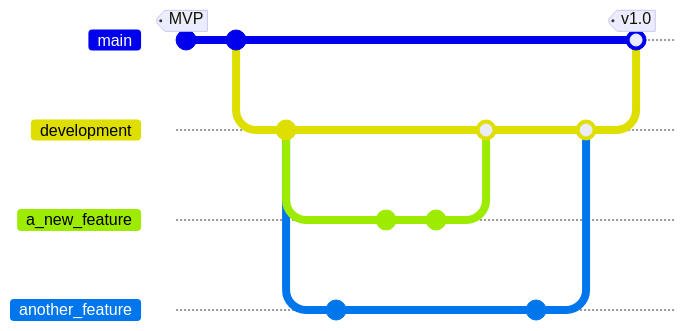
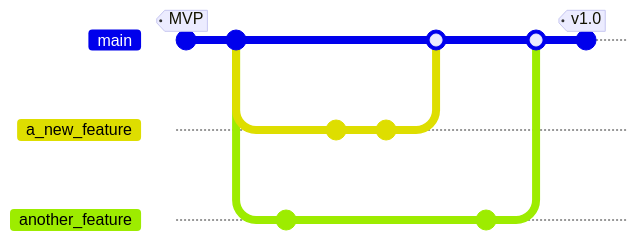
Before and after one commit to realheaven718/group-calendar: the diagram in .github/CONTRIBUTING.md, drawn with Mermaid. The commit also changed other lines of this file and 4 other files, not shown here. Commit ids are hidden.

````diff
--- a/.github/CONTRIBUTING.md
+++ b/.github/CONTRIBUTING.md
@@ -30,41 +30,36 @@
 ```mermaid
 %% The graph doesn't render in the GitHub mobile app or in code editors.
 %% Enjoy this ASCII art instead.
 %%
-%%               MVP               v1.0
-%% main        o--o-----------------o
-%%                 \               /
-%% development      o---------o---o
+%%               MVP              v1.0
+%% main        o--o------------o---o
+%%                 \          /   /
 %%                  |\       /   /
 %% a_new_feature    | o--o--o   /
 %%                  \          /
 %% another_feature   o--o--o--o
 %%
 %%{init: { 'logLevel': 'debug', 'theme': 'default' , 'themeVariables': {
               'commitLabelColor': '#ff0000',
               'commitLabelBackground': '#00ff00',
               'tagLabelFontSize': '16px'
        } } }%%
 
 gitGraph
   commit tag: "MVP"
   commit
-  branch development
-  checkout development
-  commit
   branch a_new_feature
   branch another_feature
   commit
   checkout a_new_feature
   commit
   commit
   checkout another_feature
-  checkout development
+  checkout main
   merge a_new_feature
   checkout another_feature
   commit
-  checkout development
+  checkout main
   merge another_feature
-  checkout main
-  merge development tag: "v1.0"
+  commit tag: "v1.0"
 ```
````
